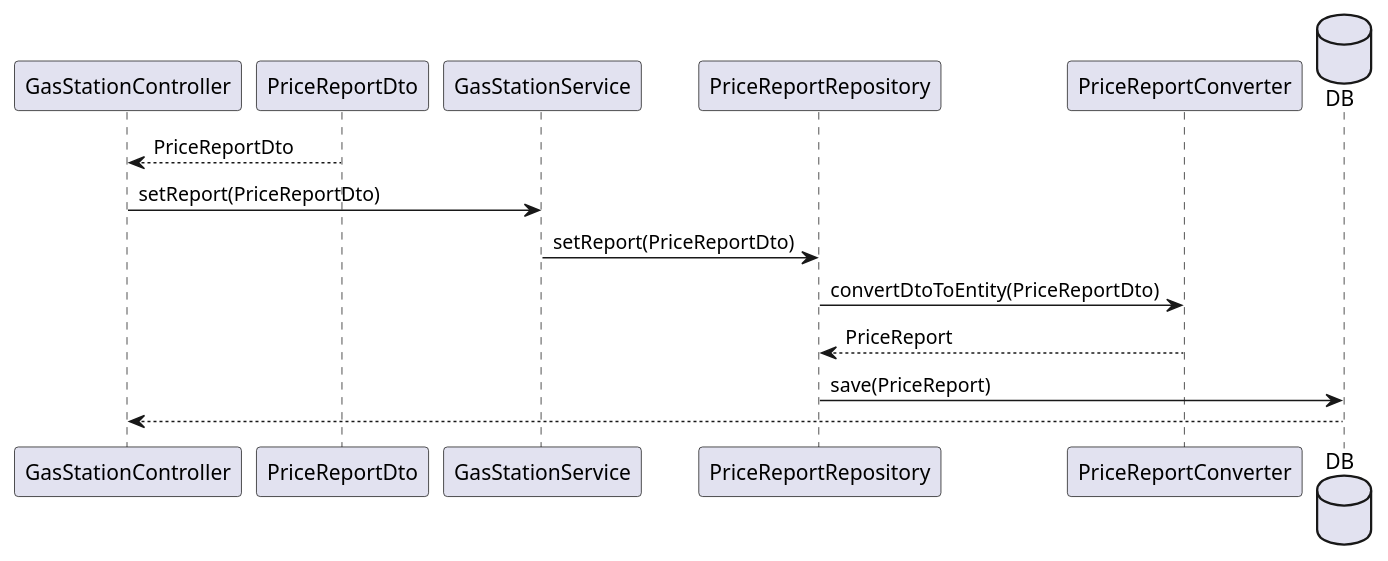
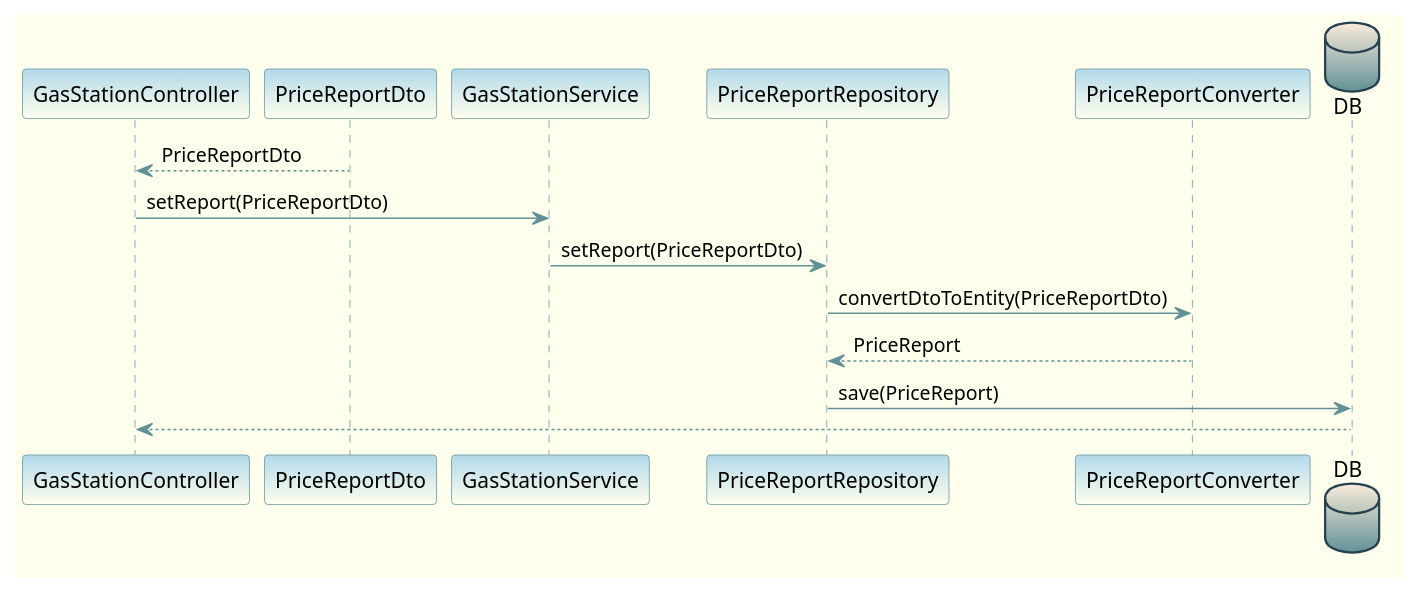
Before and after one commit to e-caste/SoftEng-EZGas: the eighth of 9 diagrams in docs/DesignDocument.md, drawn with PlantUML. The commit also changed other lines of this file and 1 other file, not shown here.

Commit message:
Graphical Aspects + Class types

````diff
--- a/docs/DesignDocument.md
+++ b/docs/DesignDocument.md
@@ -753,17 +863,28 @@
 ```plantuml
 @startuml
-
+skinparam backgroundcolor #FFFFEE
+skinparam database {
+BackgroundColor #FAEBDA-619196
+ArrowColor #26424F
+BorderColor #26424F
+}
+skinparam sequence{
+    LifeLineBorderColor #619196
+    ParticipantBorderColor #619196
+    ParticipantBackgroundColor #B2D9EA-FFFFEE
+    ArrowColor #619196
+}
 ' TODO: PriceReportDto does not exist at this time, but is used to represent the list of parameters
 
 GasStationController <-- PriceReportDto: PriceReportDto
 GasStationController -> GasStationService: setReport(PriceReportDto)
 GasStationService -> PriceReportRepository: setReport(PriceReportDto)
 PriceReportRepository -> PriceReportConverter: convertDtoToEntity(PriceReportDto)
 PriceReportConverter --> PriceReportRepository: PriceReport
 database DB
 PriceReportRepository -> DB: save(PriceReport)
 
 DB --> GasStationController
 
 @enduml
 ```
````
